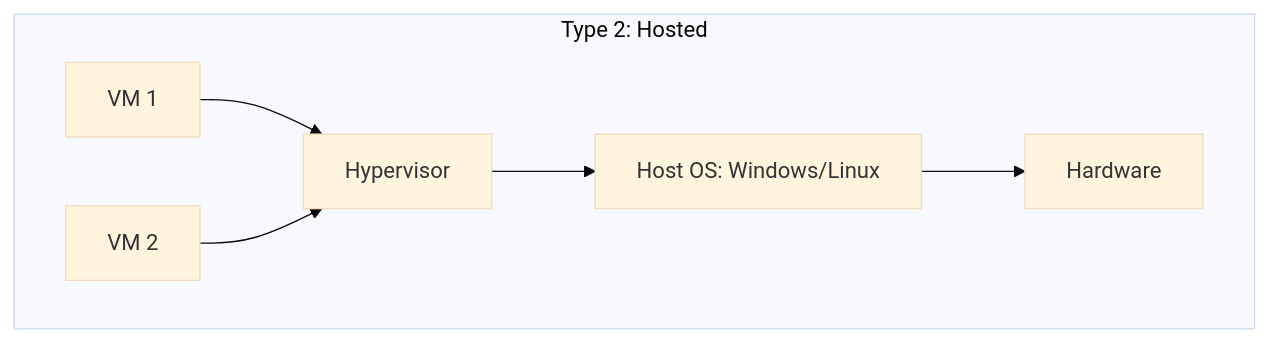
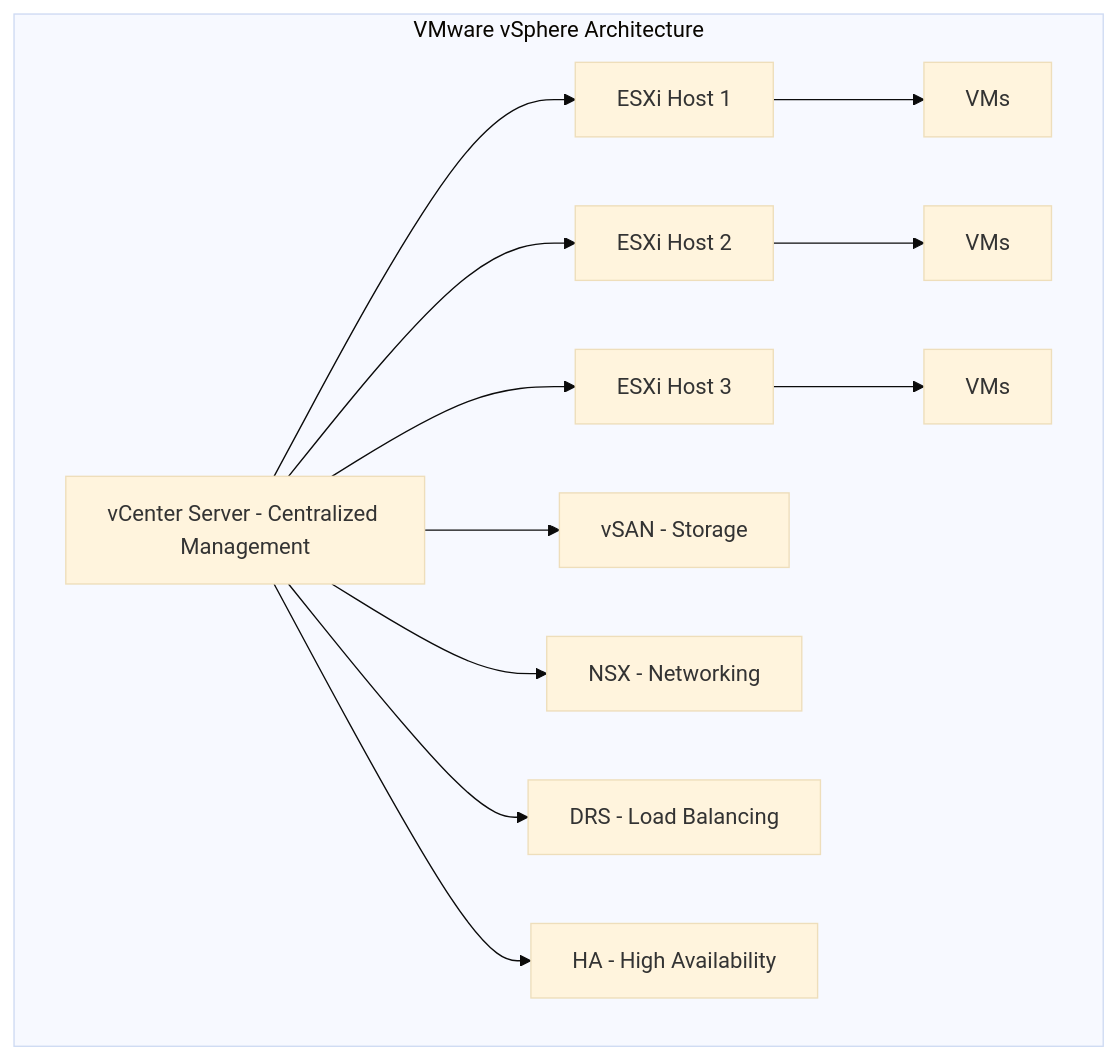
The second of 6 diagrams in src/cloud/virtualization/hypervisors.md (vanos001/placement_prep), drawn with Mermaid (base theme) before and after one commit. The commit also changed other lines of this file and 6 other files, not shown here.

````diff
--- a/src/cloud/virtualization/hypervisors.md
+++ b/src/cloud/virtualization/hypervisors.md
@@ -32,9 +82,18 @@
 ```mermaid
-graph TD
-    subgraph Type2[Type 2: Hosted]
-        VM1[VM 1] --> HV[Hypervisor]
-        VM2[VM 2] --> HV
-        HV --> HOST_OS[Host OS: Windows/Linux]
-        HOST_OS --> HW[Hardware]
+graph TB
+    subgraph "VMware vSphere Architecture"
+        VC[vCenter Server - Centralized Management]
+        VC --> ESXi1[ESXi Host 1]
+        VC --> ESXi2[ESXi Host 2]
+        VC --> ESXi3[ESXi Host 3]
+
+        ESXi1 --> VM1[VMs]
+        ESXi2 --> VM2[VMs]
+        ESXi3 --> VM3[VMs]
+
+        VC --> VSAN[vSAN - Storage]
+        VC --> NSX[NSX - Networking]
+        VC --> DRS[DRS - Load Balancing]
+        VC --> HA[HA - High Availability]
     end
 ```
````
